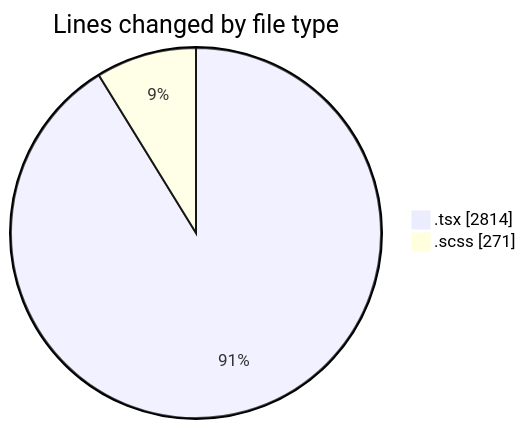
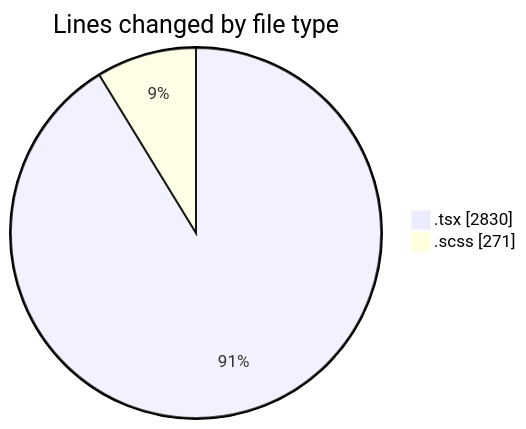
One commit to momahboobian/code-tracking changed the first of 2 diagrams in 2025-11-18/cda/README.md. Above: the diagram before and after it, drawn with Mermaid. The commit also changed other lines of this file and 1 other file, not shown here.

````diff
--- a/2025-11-18/cda/README.md
+++ b/2025-11-18/cda/README.md
@@ -25,6 +25,6 @@
 ```mermaid
 pie showData
 title Lines changed by file type
-".tsx" : 2814
+".tsx" : 2830
 ".scss" : 271
 ```
````
